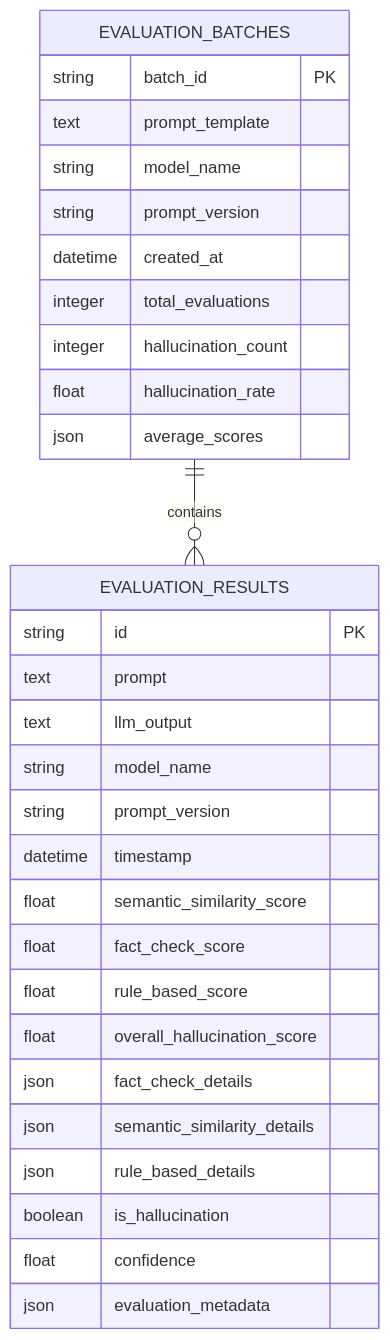
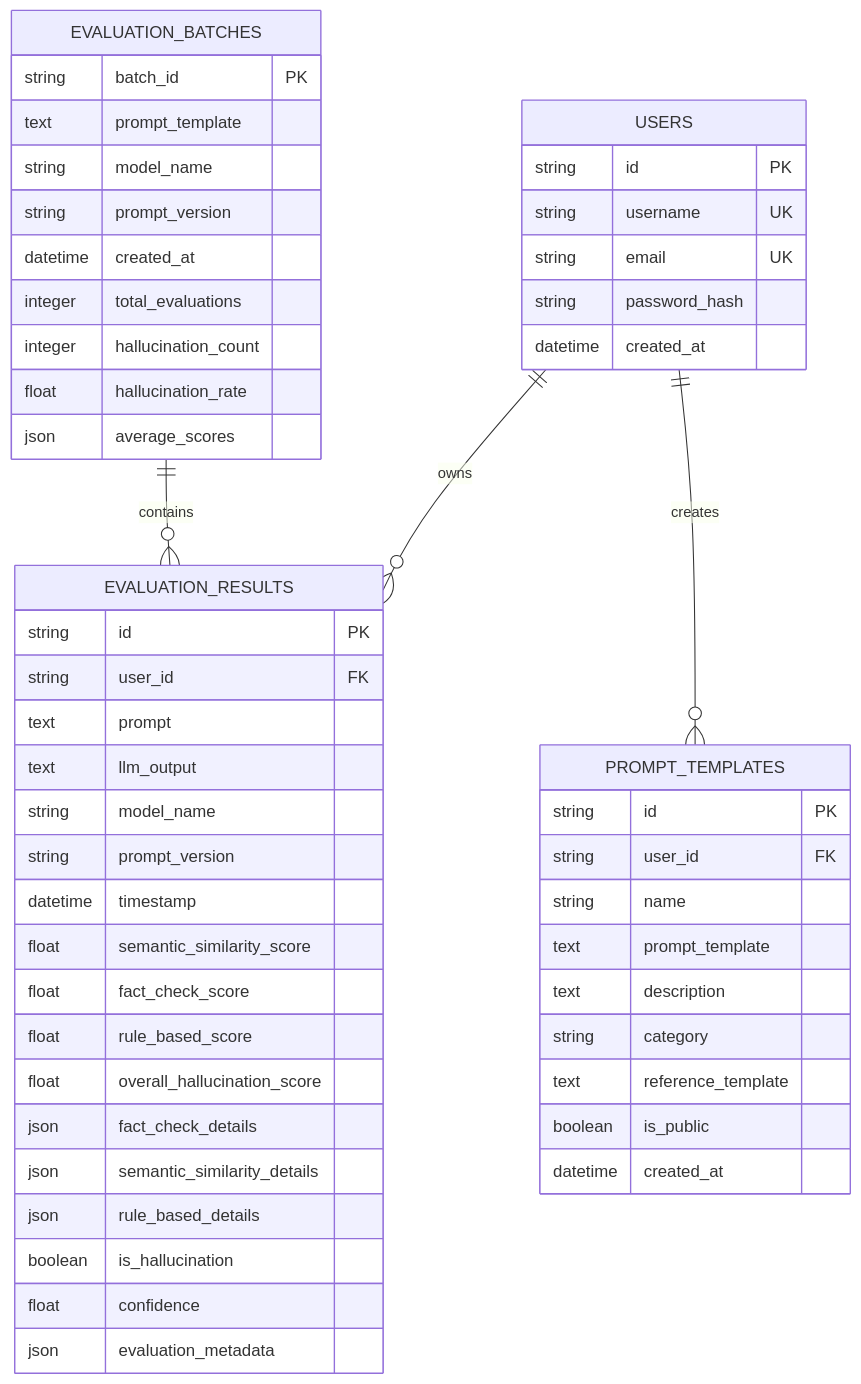
One commit to rishi02102017/HalluciDetect changed the fifth of 8 diagrams in README.md. Above: the diagram before and after it, drawn with Mermaid. The commit also changed other lines of this file and 1 other file, not shown here.

````diff
--- a/README.md
+++ b/README.md
@@ -245,35 +256,58 @@
 ```mermaid
 erDiagram
+    USERS {
+        string id PK
+        string username UK
+        string email UK
+        string password_hash
+        datetime created_at
+    }
+
     EVALUATION_RESULTS {
         string id PK
+        string user_id FK
         text prompt
         text llm_output
         string model_name
         string prompt_version
         datetime timestamp
         float semantic_similarity_score
         float fact_check_score
         float rule_based_score
         float overall_hallucination_score
         json fact_check_details
         json semantic_similarity_details
         json rule_based_details
         boolean is_hallucination
         float confidence
         json evaluation_metadata
     }
 
     EVALUATION_BATCHES {
         string batch_id PK
         text prompt_template
         string model_name
         string prompt_version
         datetime created_at
         integer total_evaluations
         integer hallucination_count
         float hallucination_rate
         json average_scores
     }
 
+    PROMPT_TEMPLATES {
+        string id PK
+        string user_id FK
+        string name
+        text prompt_template
+        text description
+        string category
+        text reference_template
+        boolean is_public
+        datetime created_at
+    }
+
+    USERS ||--o{ EVALUATION_RESULTS : owns
+    USERS ||--o{ PROMPT_TEMPLATES : creates
     EVALUATION_BATCHES ||--o{ EVALUATION_RESULTS : contains
 ```
````
